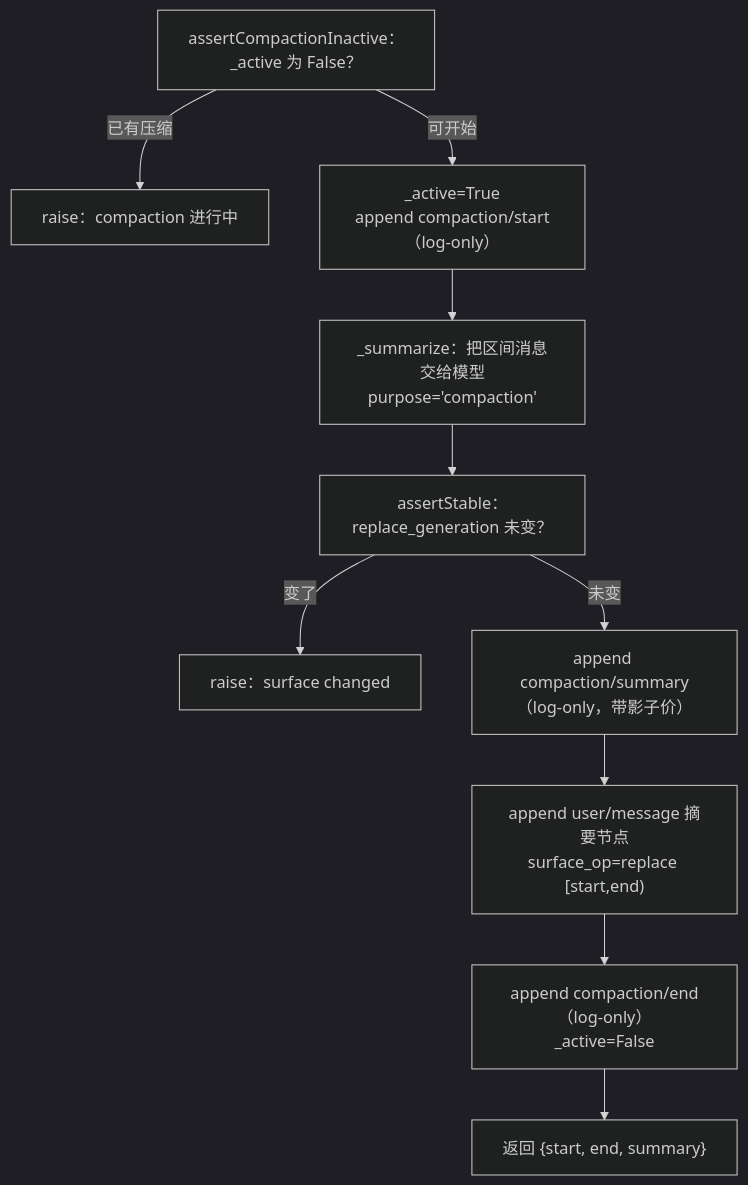
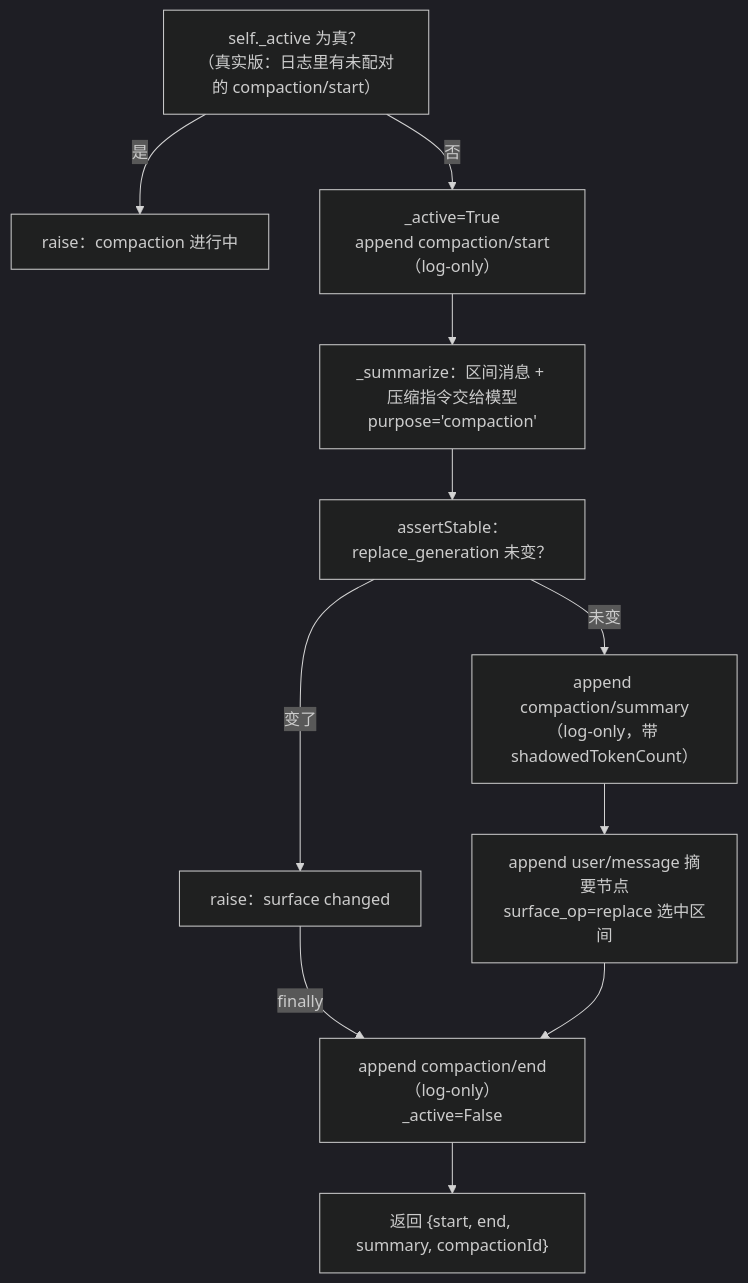
Before and after one commit to ChenYu1991ppak/deepseek-harness-anatomy: the second of 2 diagrams in ch10/ch10-compaction_zh.md, drawn with Mermaid (dark theme). The commit also changed other lines of this file and 124 other files, not shown here.

````diff
--- a/ch10/ch10-compaction_zh.md
+++ b/ch10/ch10-compaction_zh.md
@@ -377,12 +407,13 @@
 ```mermaid
 flowchart TD
-    A["assertCompactionInactive：_active 为 False？"] -- 已有压缩 --> X0["raise：compaction 进行中"]
-    A -- 可开始 --> B["_active=True<br/>append compaction/start（log-only）"]
-    B --> C["_summarize：把区间消息交给模型<br/>purpose='compaction'"]
+    A["self._active 为真？<br/>（真实版：日志里有未配对的 compaction/start）"] -- 是 --> X0["raise：compaction 进行中"]
+    A -- 否 --> B["_active=True<br/>append compaction/start（log-only）"]
+    B --> C["_summarize：区间消息 + 压缩指令交给模型<br/>purpose='compaction'"]
     C --> D["assertStable：replace_generation 未变？"]
     D -- 变了 --> X["raise：surface changed"]
-    D -- 未变 --> E["append compaction/summary（log-only，带影子价）"]
-    E --> F["append user/message 摘要节点<br/>surface_op=replace [start,end)"]
+    D -- 未变 --> E["append compaction/summary<br/>（log-only，带 shadowedTokenCount）"]
+    E --> F["append user/message 摘要节点<br/>surface_op=replace 选中区间"]
+    X -- finally --> G
     F --> G["append compaction/end（log-only）<br/>_active=False"]
-    G --> H["返回 {start, end, summary}"]
+    G --> H["返回 {start, end, summary, compactionId}"]
 ```
````
